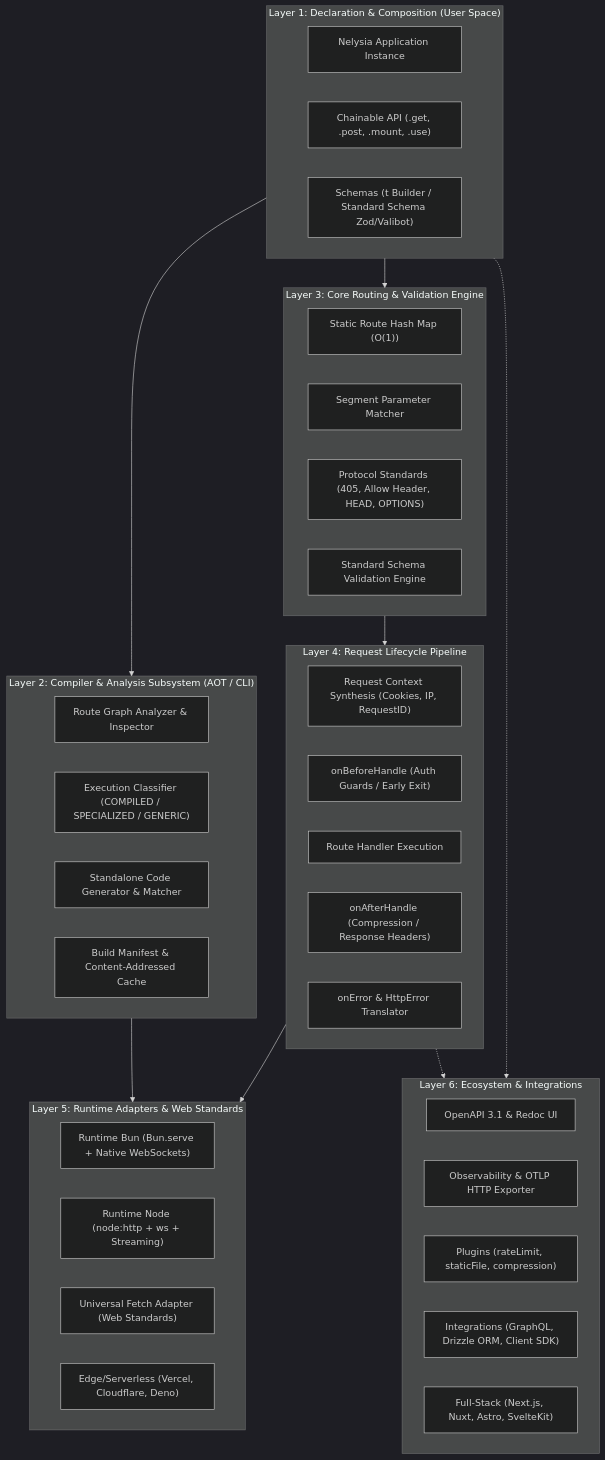
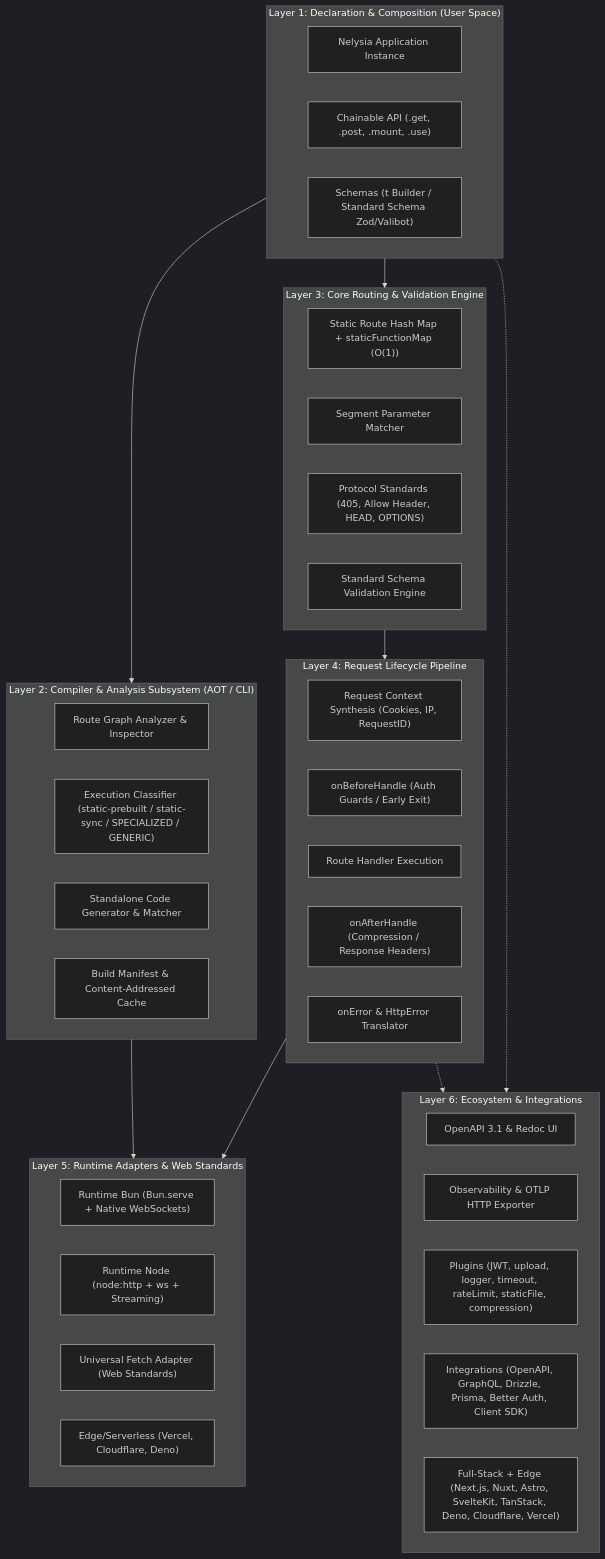
The first of 3 diagrams in docs/ARCHITECTURE.md (ASTOHACKER/nelysia), drawn with Mermaid (dark theme) before and after one commit. The commit also changed other lines of this file and 25 other files, not shown here.

````diff
--- a/docs/ARCHITECTURE.md
+++ b/docs/ARCHITECTURE.md
@@ -11,53 +11,53 @@
 ```mermaid
 graph TD
     subgraph L1["Layer 1: Declaration & Composition (User Space)"]
         App["Nelysia Application Instance"]
         RouterAPI["Chainable API (.get, .post, .mount, .use)"]
         Schemas["Schemas (t Builder / Standard Schema Zod/Valibot)"]
     end
 
     subgraph L2["Layer 2: Compiler & Analysis Subsystem (AOT / CLI)"]
         Inspector["Route Graph Analyzer & Inspector"]
-        Classifier["Execution Classifier (COMPILED / SPECIALIZED / GENERIC)"]
+        Classifier["Execution Classifier (static-prebuilt / static-sync / SPECIALIZED / GENERIC)"]
         Codegen["Standalone Code Generator & Matcher"]
         Manifest["Build Manifest & Content-Addressed Cache"]
     end
 
     subgraph L3["Layer 3: Core Routing & Validation Engine"]
-        StaticMap["Static Route Hash Map (O(1))"]
+        StaticMap["Static Route Hash Map + staticFunctionMap (O(1))"]
         ParamMatcher["Segment Parameter Matcher"]
         MethodGuard["Protocol Standards (405, Allow Header, HEAD, OPTIONS)"]
         ValidatorEngine["Standard Schema Validation Engine"]
     end
 
     subgraph L4["Layer 4: Request Lifecycle Pipeline"]
         ContextAlloc["Request Context Synthesis (Cookies, IP, RequestID)"]
         BeforeHooks["onBeforeHandle (Auth Guards / Early Exit)"]
         HandlerExec["Route Handler Execution"]
         AfterHooks["onAfterHandle (Compression / Response Headers)"]
         ErrorPipeline["onError & HttpError Translator"]
     end
 
     subgraph L5["Layer 5: Runtime Adapters & Web Standards"]
         BunAdapter["Runtime Bun (Bun.serve + Native WebSockets)"]
         NodeAdapter["Runtime Node (node:http + ws + Streaming)"]
         FetchAdapter["Universal Fetch Adapter (Web Standards)"]
         EdgeAdapters["Edge/Serverless (Vercel, Cloudflare, Deno)"]
     end
 
     subgraph L6["Layer 6: Ecosystem & Integrations"]
         OpenAPI["OpenAPI 3.1 & Redoc UI"]
         Telemetry["Observability & OTLP HTTP Exporter"]
-        Plugins["Plugins (rateLimit, staticFile, compression)"]
-        Integrations["Integrations (GraphQL, Drizzle ORM, Client SDK)"]
-        Frameworks["Full-Stack (Next.js, Nuxt, Astro, SvelteKit)"]
+        Plugins["Plugins (JWT, upload, logger, timeout, rateLimit, staticFile, compression)"]
+        Integrations["Integrations (OpenAPI, GraphQL, Drizzle, Prisma, Better Auth, Client SDK)"]
+        Frameworks["Full-Stack + Edge (Next.js, Nuxt, Astro, SvelteKit, TanStack, Deno, Cloudflare, Vercel)"]
     end
 
     L1 --> L2
     L1 --> L3
     L2 --> L5
     L3 --> L4
     L4 --> L5
     L1 -.-> L6
     L4 -.-> L6
 ```
````
